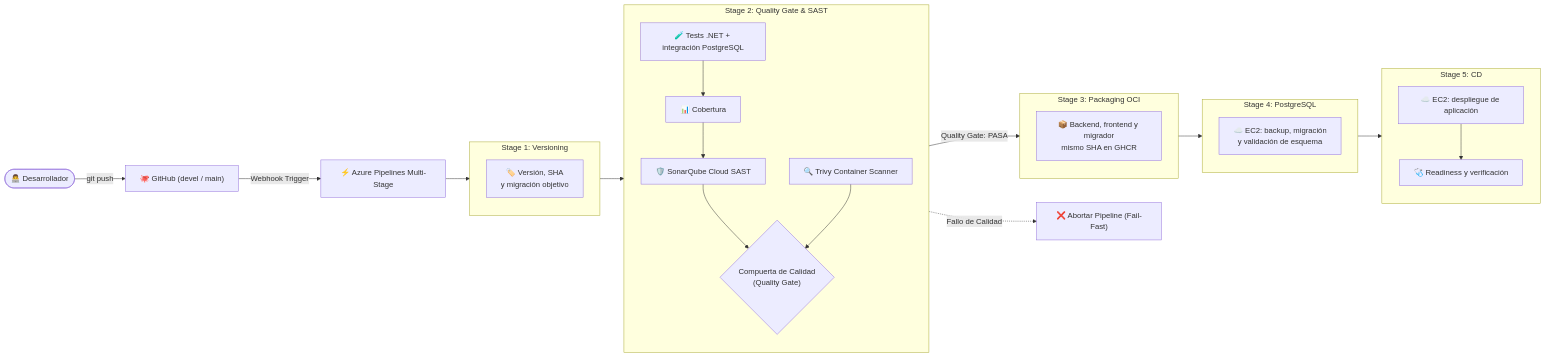
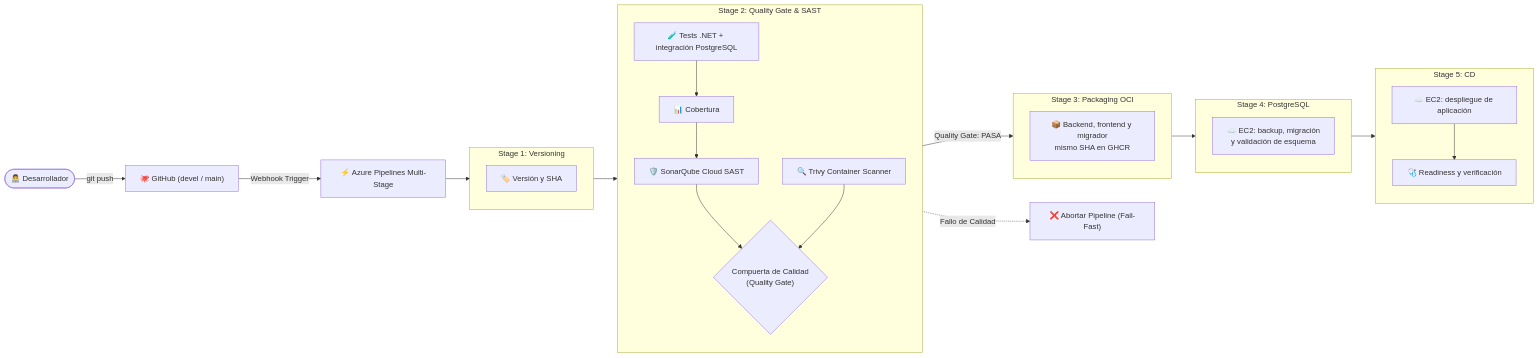
Before and after one commit to maxivalenzano/dev-ops-clase-2: the second of 2 diagrams in README.md, drawn with Mermaid. The commit also changed other lines of this file and 25 other files, not shown here.

````diff
--- a/README.md
+++ b/README.md
@@ -143,42 +143,42 @@
 ```mermaid
 flowchart LR
     Dev(["👨‍💻 Desarrollador"]) -->|"git push"| GitRepo["🐙 GitHub (devel / main)"]
     GitRepo -->|"Webhook Trigger"| Pipeline["⚡ Azure Pipelines Multi-Stage"]
 
     subgraph S1 ["Stage 1: Versioning"]
-        SemVer["🏷️ Versión, SHA<br/>y migración objetivo"]
+        SemVer["🏷️ Versión y SHA"]
     end
 
     subgraph S2 ["Stage 2: Quality Gate & SAST"]
         direction TB
         Tests["🧪 Tests .NET + integración PostgreSQL"]
         Coverage["📊 Cobertura"]
         Sonar["🛡️ SonarQube Cloud SAST"]
         Trivy["🔍 Trivy Container Scanner"]
         Gate{"Compuerta de Calidad<br/>(Quality Gate)"}
 
         Tests --> Coverage --> Sonar --> Gate
         Trivy --> Gate
     end
 
     subgraph S3 ["Stage 3: Packaging OCI"]
         direction TB
         GHCR["📦 Backend, frontend y migrador<br/>mismo SHA en GHCR"]
     end
 
     subgraph S4 ["Stage 4: PostgreSQL"]
         direction TB
         DB["☁️ EC2: backup, migración<br/>y validación de esquema"]
     end
     subgraph S5 ["Stage 5: CD"]
         VM["☁️ EC2: despliegue de aplicación"]
         Smoke["🩺 Readiness y verificación"]
     end
 
     Pipeline --> S1
     S1 --> S2
     Gate -->|"Quality Gate: PASA"| S3
     Gate -.->|"Fallo de Calidad"| Abort["❌ Abortar Pipeline (Fail-Fast)"]
     S3 --> S4 --> S5
     VM --> Smoke
 ```
````
